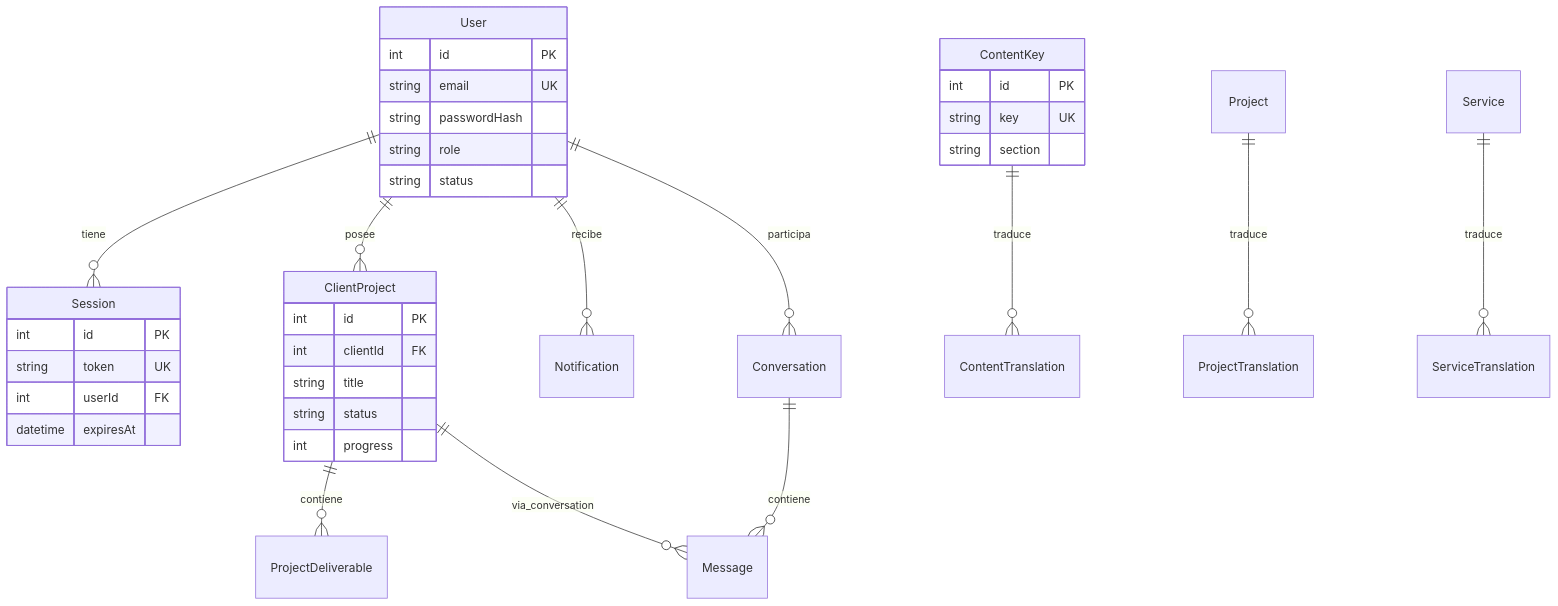
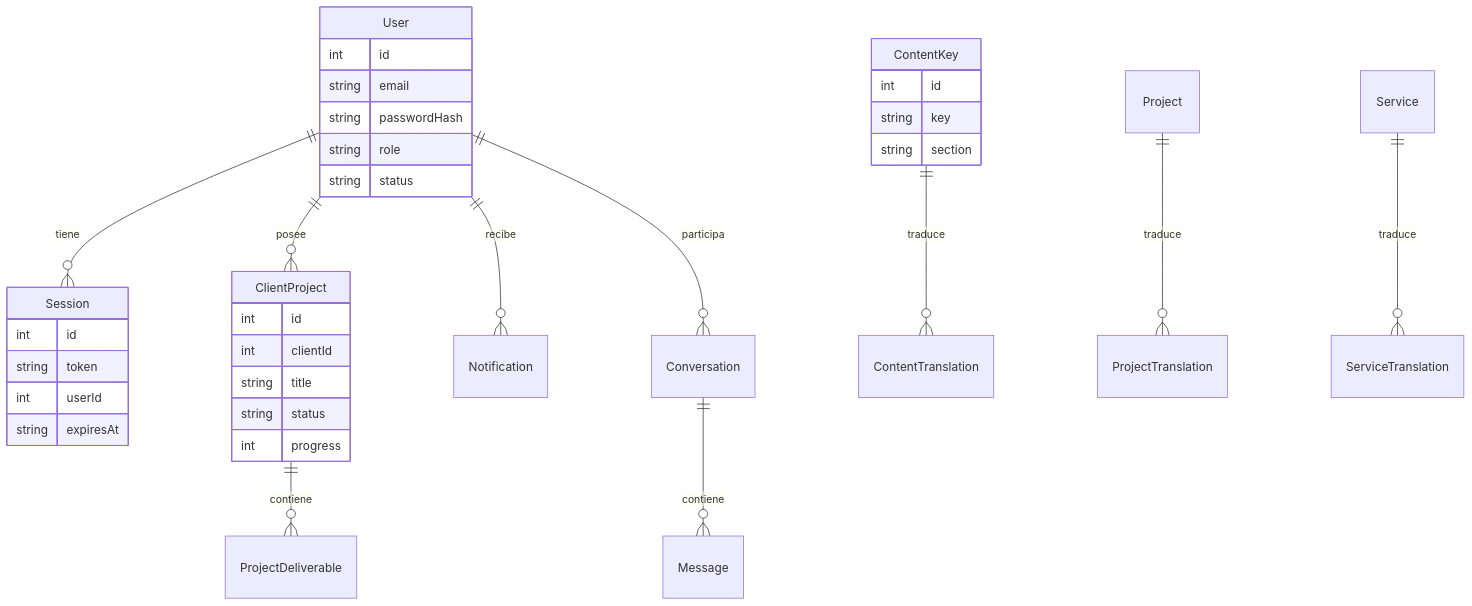
The seventh of 10 diagrams in README.md (Alejostone1/Desarpro), drawn with Mermaid before and after one commit. The commit also changed other lines of this file and 4 other files, not shown here.

Commit message:
Docs: README completo con galeria de capturas y Mermaid compatible GitHub.

````diff
--- a/README.md
+++ b/README.md
@@ -418,38 +531,37 @@
 ```mermaid
 erDiagram
     User ||--o{ Session : tiene
     User ||--o{ ClientProject : posee
     User ||--o{ Notification : recibe
     User ||--o{ Conversation : participa
     ClientProject ||--o{ ProjectDeliverable : contiene
-    ClientProject ||--o{ Message : via_conversation
     Conversation ||--o{ Message : contiene
     ContentKey ||--o{ ContentTranslation : traduce
     Project ||--o{ ProjectTranslation : traduce
     Service ||--o{ ServiceTranslation : traduce
     User {
-        int id PK
-        string email UK
+        int id
+        string email
         string passwordHash
         string role
         string status
     }
     Session {
-        int id PK
-        string token UK
-        int userId FK
-        datetime expiresAt
+        int id
+        string token
+        int userId
+        string expiresAt
     }
     ClientProject {
-        int id PK
-        int clientId FK
+        int id
+        int clientId
         string title
         string status
         int progress
     }
     ContentKey {
-        int id PK
-        string key UK
+        int id
+        string key
         string section
     }
 ```
````
